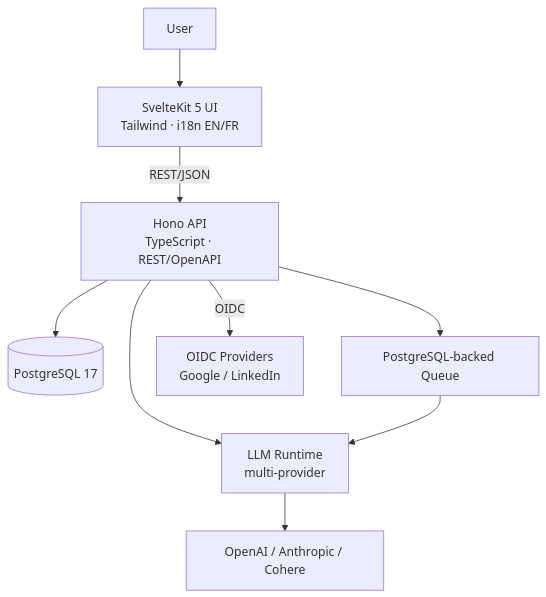
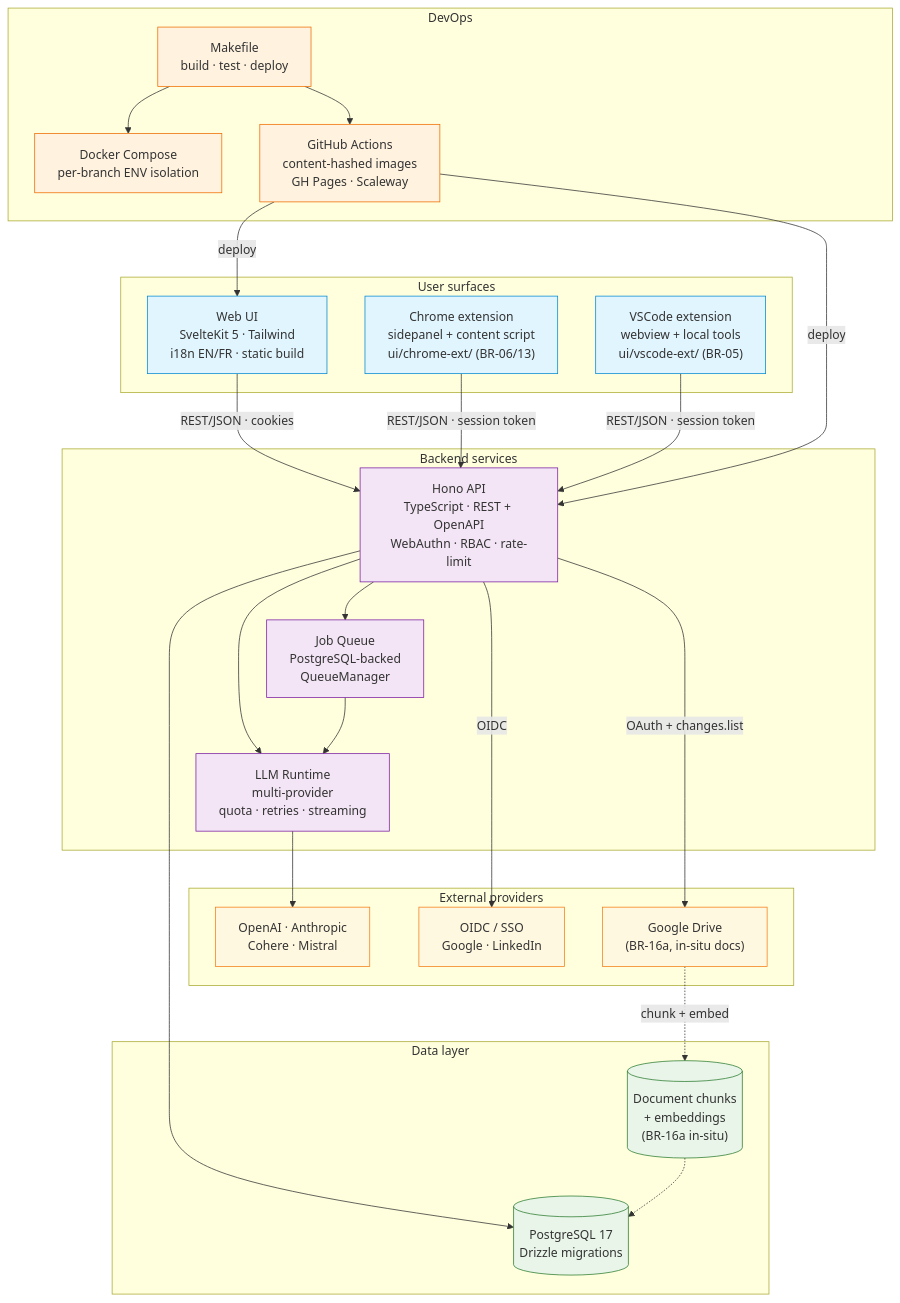
Before and after one commit to rhanka/sentropic: the first of 2 diagrams in README.md, drawn with Mermaid. The commit also changed other lines of this file, not shown here.

Commit message:
docs(readme): restore system architecture + add target workflows & AI-native UI architecture

````diff
--- a/README.md
+++ b/README.md
@@ -58,20 +62,62 @@
 ```mermaid
 flowchart TB
-    User[User]
-    UI["SvelteKit 5 UI<br/>Tailwind · i18n EN/FR"]
-    API["Hono API<br/>TypeScript · REST/OpenAPI"]
-    AI["LLM Runtime<br/>multi-provider"]
-    DB[("PostgreSQL 17")]
-    Queue["PostgreSQL-backed Queue"]
-    LLMs["OpenAI / Anthropic / Cohere"]
-    OIDC["OIDC Providers<br/>Google / LinkedIn"]
+    subgraph Surfaces["User surfaces"]
+        WebUI["Web UI<br/>SvelteKit 5 · Tailwind<br/>i18n EN/FR · static build"]
+        Chrome["Chrome extension<br/>sidepanel + content script<br/>ui/chrome-ext/ (BR-06/13)"]
+        VSCode["VSCode extension<br/>webview + local tools<br/>ui/vscode-ext/ (BR-05)"]
+    end
 
-    User --> UI
-    UI -->|REST/JSON| API
-    API --> AI
-    AI --> LLMs
+    subgraph Backend["Backend services"]
+        API["Hono API<br/>TypeScript · REST + OpenAPI<br/>WebAuthn · RBAC · rate-limit"]
+        Runtime["LLM Runtime<br/>multi-provider<br/>quota · retries · streaming"]
+        Queue["Job Queue<br/>PostgreSQL-backed<br/>QueueManager"]
+    end
+
+    subgraph Data["Data layer"]
+        DB[("PostgreSQL 17<br/>Drizzle migrations")]
+        Docs[("Document chunks<br/>+ embeddings<br/>(BR-16a in-situ)")]
+    end
+
+    subgraph External["External providers"]
+        LLMs["OpenAI · Anthropic<br/>Cohere · Mistral"]
+        OIDC["OIDC / SSO<br/>Google · LinkedIn"]
+        GDrive["Google Drive<br/>(BR-16a, in-situ docs)"]
+    end
+
+    subgraph DevOps["DevOps"]
+        Make["Makefile<br/>build · test · deploy"]
+        Compose["Docker Compose<br/>per-branch ENV isolation"]
+        CI["GitHub Actions<br/>content-hashed images<br/>GH Pages · Scaleway"]
+    end
+
+    WebUI -->|REST/JSON · cookies| API
+    Chrome -->|REST/JSON · session token| API
+    VSCode -->|REST/JSON · session token| API
+
+    API --> Runtime
     API --> DB
     API --> Queue
-    Queue --> AI
+    Queue --> Runtime
+    Runtime --> LLMs
+
     API -->|OIDC| OIDC
+    API -->|OAuth + changes.list| GDrive
+    GDrive -.->|chunk + embed| Docs
+    Docs -.-> DB
+
+    Make --> Compose
+    Make --> CI
+    CI -->|deploy| WebUI
+    CI -->|deploy| API
+
+    classDef surface fill:#e1f5fe,stroke:#0288d1
+    classDef backend fill:#f3e5f5,stroke:#7b1fa2
+    classDef data fill:#e8f5e8,stroke:#2e7d32
+    classDef external fill:#fff8e1,stroke:#f57f17
+    classDef devops fill:#fff3e0,stroke:#ef6c00
+    class WebUI,Chrome,VSCode surface
+    class API,Runtime,Queue backend
+    class DB,Docs data
+    class LLMs,OIDC,GDrive external
+    class Make,Compose,CI devops
 ```
````
